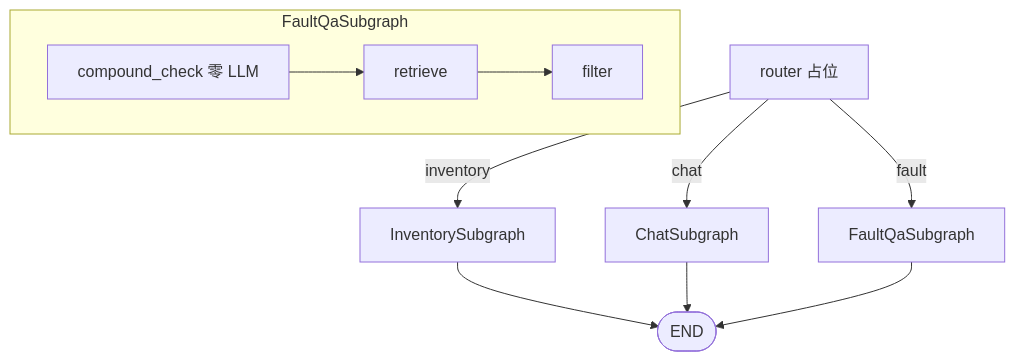
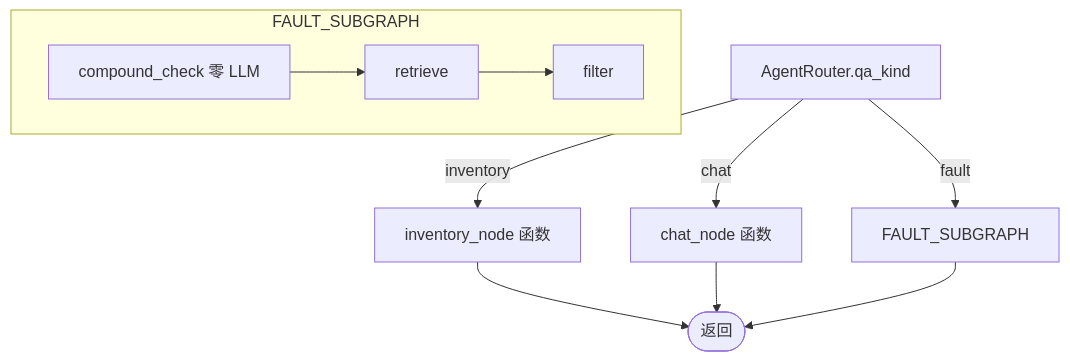
Before and after one commit to SHUN-EI/Car-Repair-System: the eighth of 10 diagrams in docs/ARCHITECTURE.md, drawn with Mermaid. The commit also changed other lines of this file and 15 other files, not shown here.

Commit message:
修改langgraph图

````diff
--- a/docs/ARCHITECTURE.md
+++ b/docs/ARCHITECTURE.md
@@ -624,13 +626,13 @@
 ```mermaid
 flowchart TD
-    R[router 占位] -->|inventory| INV[InventorySubgraph]
-    R -->|chat| CHAT[ChatSubgraph]
-    R -->|fault| F[FaultQaSubgraph]
-    INV --> END([END])
+    K[AgentRouter.qa_kind] -->|inventory| INV[inventory_node 函数]
+    K -->|chat| CHAT[chat_node 函数]
+    K -->|fault| F[FAULT_SUBGRAPH]
+    INV --> END([返回])
     CHAT --> END
     F --> END
-    subgraph fault [FaultQaSubgraph]
+    subgraph fault [FAULT_SUBGRAPH]
         C[compound_check 零 LLM] --> RV[retrieve]
         RV --> FL[filter]
     end
 ```
````
